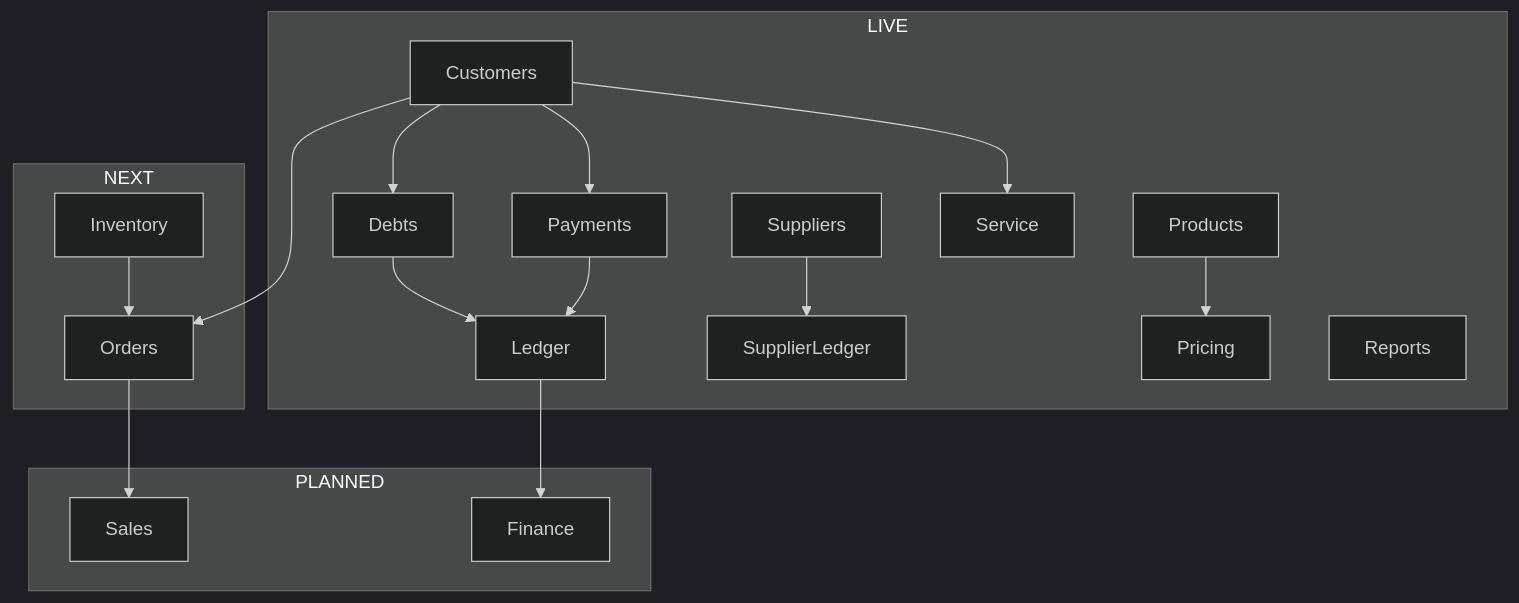
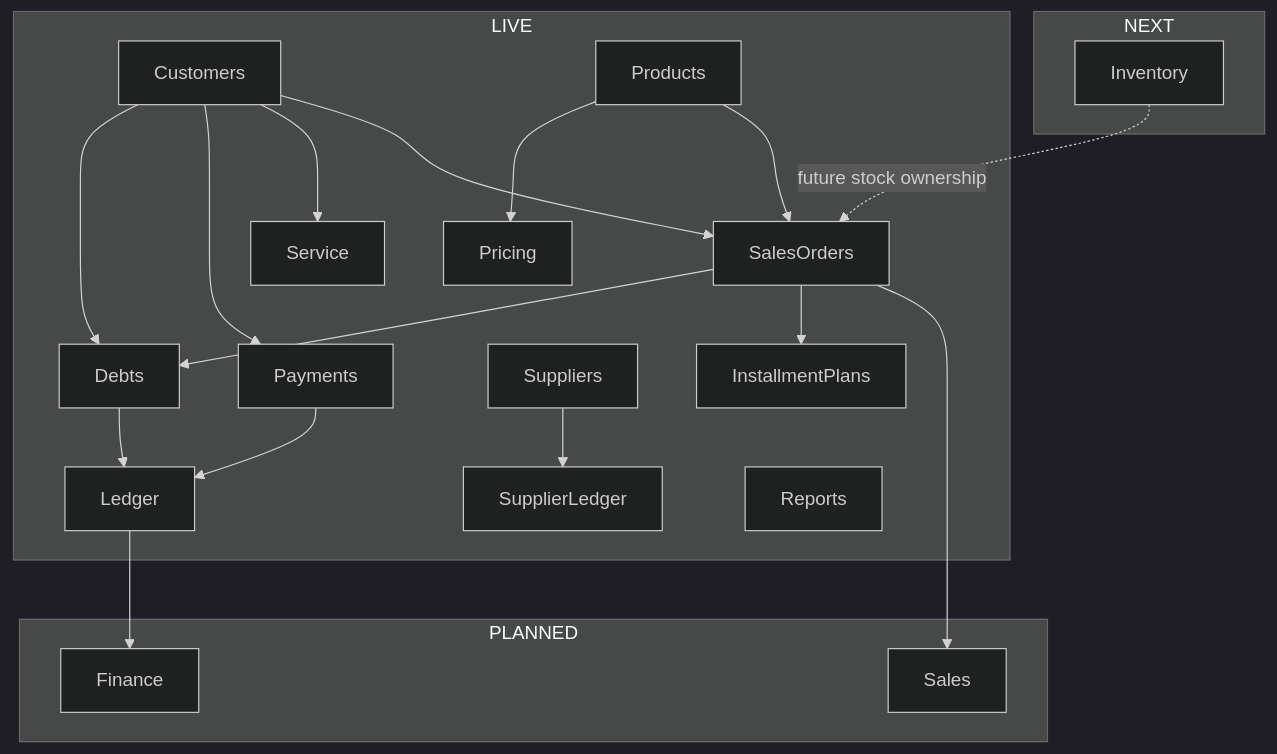
The diagram in docs/ERP_MODULE_MAP.md (SamirMD0/HomeConnect), drawn with Mermaid (dark theme) before and after one commit. The commit also changed other lines of this file and 112 other files, not shown here.

First line of the commit message:
feat(sales): add sales orders module with ledger integration

````diff
--- a/docs/ERP_MODULE_MAP.md
+++ b/docs/ERP_MODULE_MAP.md
@@ -5,25 +5,27 @@
 ```mermaid
 graph TB
   subgraph LIVE
     Customers --> Debts
     Customers --> Payments
     Debts --> Ledger
     Payments --> Ledger
     Suppliers --> SupplierLedger
     Products --> Pricing
     Customers --> Service
+    Customers --> SalesOrders
+    Products --> SalesOrders
+    SalesOrders --> Debts
+    SalesOrders --> InstallmentPlans
     Reports
   end
   subgraph NEXT
     Inventory
-    Orders
   end
   subgraph PLANNED
     Sales
     Finance
   end
-  Inventory --> Orders
-  Customers --> Orders
-  Orders --> Sales
+  Inventory -. future stock ownership .-> SalesOrders
+  SalesOrders --> Sales
   Ledger --> Finance
 ```
````
